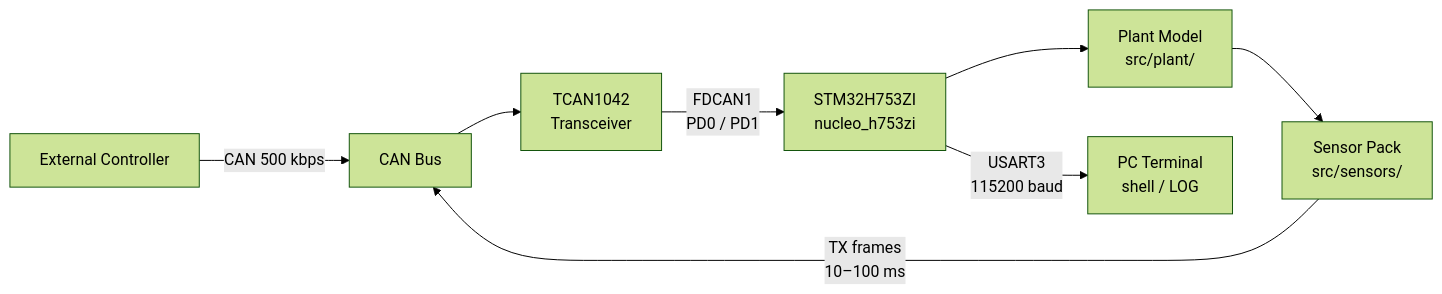
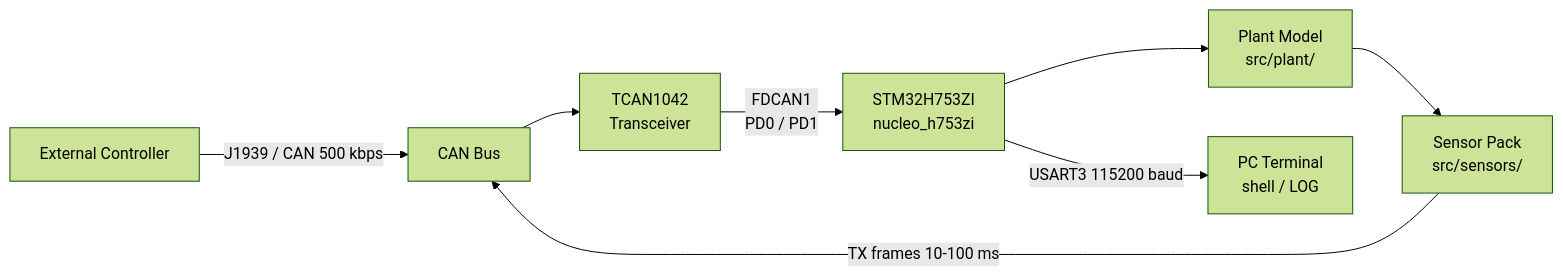
The first of 8 diagrams in docs/ZEPHYR_PORT.md (mtilocca/vehicle-Dynamics-Sim-Can), drawn with Mermaid (forest theme) before and after one commit. The commit also changed other lines of this file and 5 other files, not shown here.

````diff
--- a/docs/ZEPHYR_PORT.md
+++ b/docs/ZEPHYR_PORT.md
@@ -34,10 +34,10 @@
 ```mermaid
 graph LR
-    EC["External Controller"] -->|"CAN 500 kbps"| BUS["CAN Bus"]
+    EC["External Controller"] -->|"J1939 / CAN 500 kbps"| BUS["CAN Bus"]
     BUS --> TCAN["TCAN1042\nTransceiver"]
     TCAN -->|"FDCAN1\nPD0 / PD1"| MCU["STM32H753ZI\nnucleo_h753zi"]
     MCU --> PLANT["Plant Model\nsrc/plant/"]
     PLANT --> SENSORS["Sensor Pack\nsrc/sensors/"]
-    SENSORS -->|"TX frames\n10–100 ms"| BUS
-    MCU -->|"USART3\n115200 baud"| PC["PC Terminal\nshell / LOG"]
+    SENSORS -->|"TX frames 10-100 ms"| BUS
+    MCU -->|"USART3 115200 baud"| PC["PC Terminal\nshell / LOG"]
 ```
````
